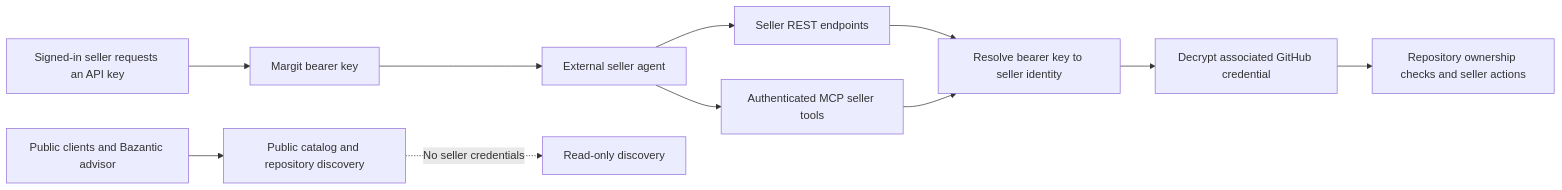
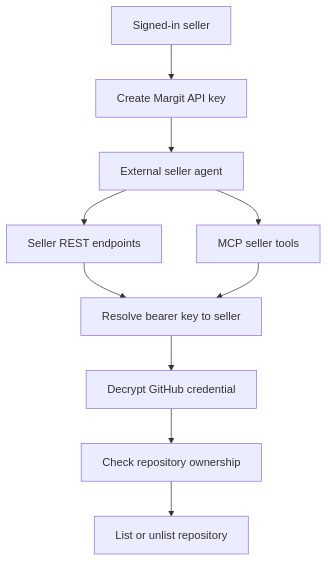
Before and after one commit to vm06007/margit: the sixth of 8 diagrams in README.md, drawn with Mermaid. The commit also changed other lines of this file and 3 other files, not shown here.

````diff
--- a/README.md
+++ b/README.md
@@ -196,12 +208,11 @@
 ```mermaid
-flowchart LR
-    Seller[Signed-in seller requests an API key] --> Key[Margit bearer key]
+flowchart TD
+    Seller[Signed-in seller] --> Key[Create Margit API key]
     Key --> External[External seller agent]
     External --> Rest[Seller REST endpoints]
-    External --> MCP[Authenticated MCP seller tools]
-    Rest & MCP --> Resolve[Resolve bearer key to seller identity]
-    Resolve --> Stored[Decrypt associated GitHub credential]
-    Stored --> Checks[Repository ownership checks and seller actions]
-    Public[Public clients and Bazantic advisor] --> Read[Public catalog and repository discovery]
-    Read -. No seller credentials .-> Catalog[Read-only discovery]
+    External --> MCP[MCP seller tools]
+    Rest & MCP --> Resolve[Resolve bearer key to seller]
+    Resolve --> Stored[Decrypt GitHub credential]
+    Stored --> Checks[Check repository ownership]
+    Checks --> Action[List or unlist repository]
 ```
````
